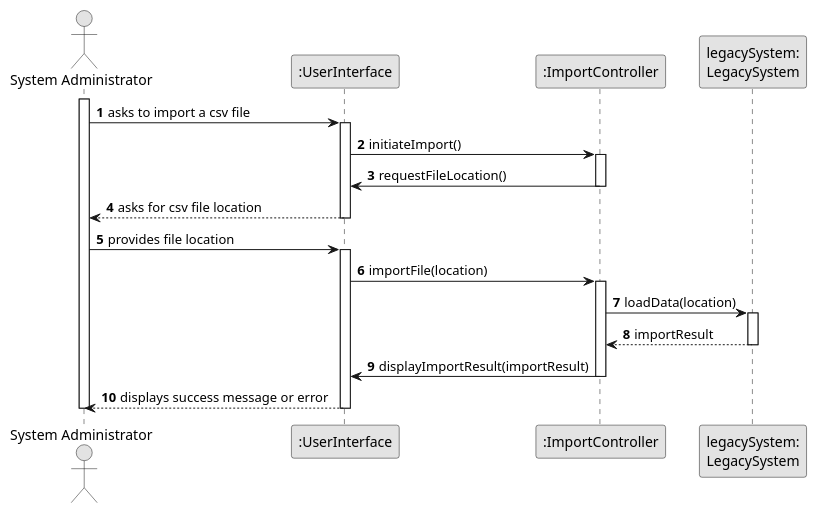
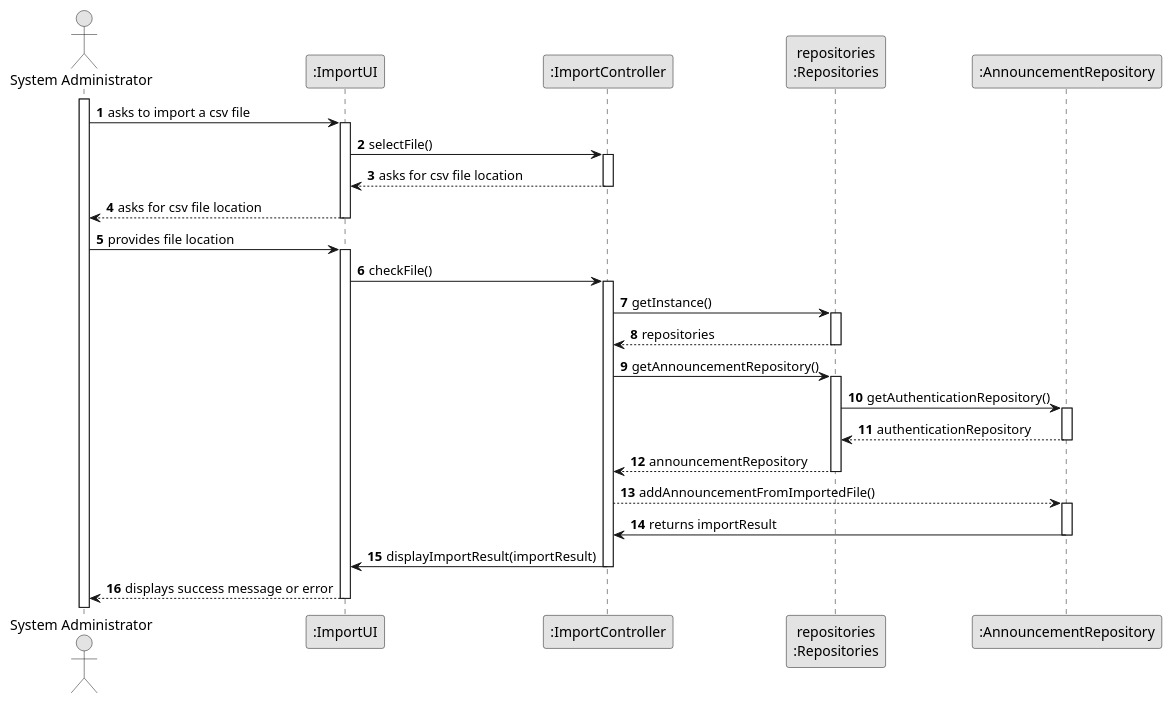
The diagram in docs/sprintC/us012/03.design/puml/us012-sequence-diagram-full.puml (Goncalves2525/real-estate-management-system), drawn with PlantUML before and after one commit. The commit also changed 26 other files, not shown here.

```diff
--- a/docs/sprintC/us012/03.design/puml/us012-sequence-diagram-full.puml
+++ b/docs/sprintC/us012/03.design/puml/us012-sequence-diagram-full.puml
@@ -1,48 +1,65 @@
 @startuml
 skinparam monochrome true
 skinparam packageStyle rectangle
 skinparam shadowing false
 
 autonumber
 
 actor "System Administrator" as Admin
-participant ":UserInterface" as UI
+participant ":ImportUI" as UI
 participant ":ImportController" as CTRL
-participant "legacySystem:\nLegacySystem" as LS
+participant "repositories\n:Repositories" as REPO
+participant ":AnnouncementRepository" as ANNREPO
 
-activate Admin
 
-Admin -> UI : asks to import a csv file
+    activate Admin
 
-activate UI
+    Admin -> UI : asks to import a csv file
+    activate UI
 
-    UI -> CTRL : initiateImport()
+    UI -> CTRL : selectFile()
     activate CTRL
 
-        CTRL -> UI : requestFileLocation()
+    CTRL --> UI : asks for csv file location
     deactivate CTRL
 
     UI --> Admin : asks for csv file location
-deactivate UI
+    deactivate UI
 
-Admin -> UI : provides file location
-activate UI
+    Admin -> UI : provides file location
+    activate UI
 
-    UI -> CTRL : importFile(location)
+    UI -> CTRL : checkFile()
     activate CTRL
 
-        CTRL -> LS : loadData(location)
-        activate LS
+    CTRL -> REPO : getInstance()
+    activate REPO
 
-            LS --> CTRL : importResult
-        deactivate LS
+    REPO --> CTRL: repositories
+    deactivate REPO
 
-        CTRL -> UI : displayImportResult(importResult)
+    CTRL -> REPO : getAnnouncementRepository()
+    activate REPO
+
+    REPO -> ANNREPO : getAuthenticationRepository()
+    activate ANNREPO
+
+    ANNREPO --> REPO: authenticationRepository
+    deactivate ANNREPO
+
+    REPO --> CTRL: announcementRepository
+    deactivate REPO
+
+    CTRL --> ANNREPO: addAnnouncementFromImportedFile()
+    activate ANNREPO
+
+    ANNREPO -> CTRL : returns importResult
+    deactivate ANNREPO
+
+    CTRL -> UI : displayImportResult(importResult)
     deactivate CTRL
 
     UI --> Admin : displays success message or error
-deactivate UI
-
-deactivate Admin
+    deactivate UI
 
 @enduml
```
